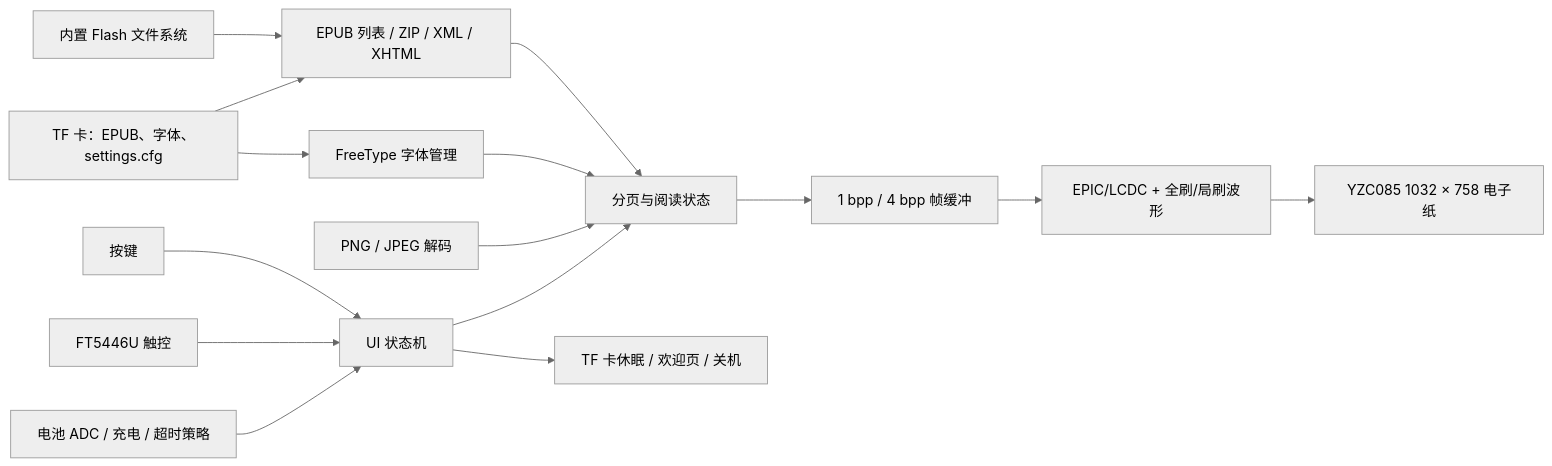
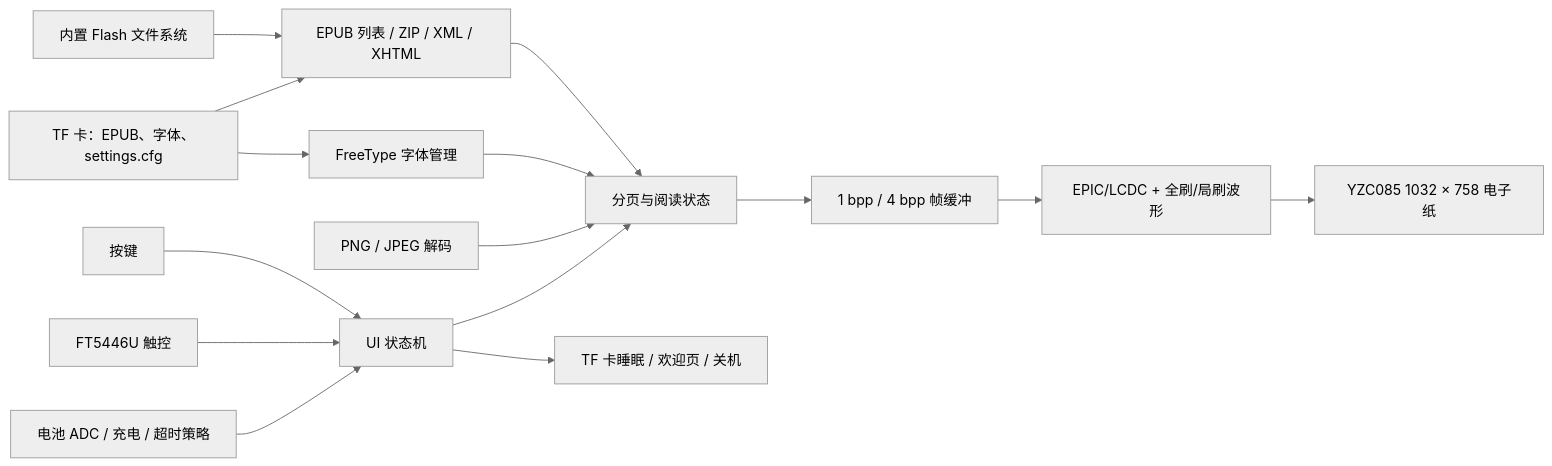
The diagram in docs_zh/projects/sf32-epd-reader.md (uForge-io/uforge-site), drawn with Mermaid (neutral theme) before and after one commit. The commit also changed other lines of this file and 1299 other files, not shown here.

````diff
--- a/docs_zh/projects/sf32-epd-reader.md
+++ b/docs_zh/projects/sf32-epd-reader.md
@@ -120,17 +120,17 @@
 ```mermaid
 flowchart LR
     FS["内置 Flash 文件系统"] --> EL["EPUB 列表 / ZIP / XML / XHTML"]
     SD["TF 卡：EPUB、字体、settings.cfg"] --> EL
     SD --> FM["FreeType 字体管理"]
     EL --> LO["分页与阅读状态"]
     FM --> LO
     IM["PNG / JPEG 解码"] --> LO
     BTN["按键"] --> UI["UI 状态机"]
     TP["FT5446U 触控"] --> UI
     UI --> LO
     LO --> FB["1 bpp / 4 bpp 帧缓冲"]
     FB --> EPD["EPIC/LCDC + 全刷/局刷波形"]
     EPD --> PANEL["YZC085 1032 × 758 电子纸"]
     BAT["电池 ADC / 充电 / 超时策略"] --> UI
-    UI --> PM["TF 卡休眠 / 欢迎页 / 关机"]
+    UI --> PM["TF 卡睡眠 / 欢迎页 / 关机"]
 ```
````
